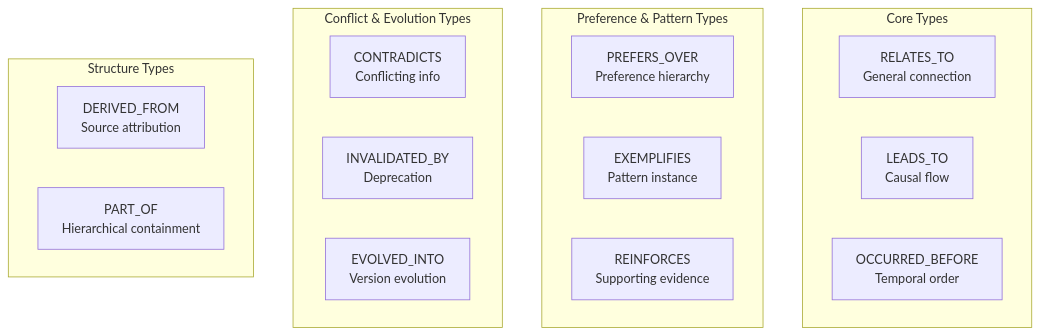
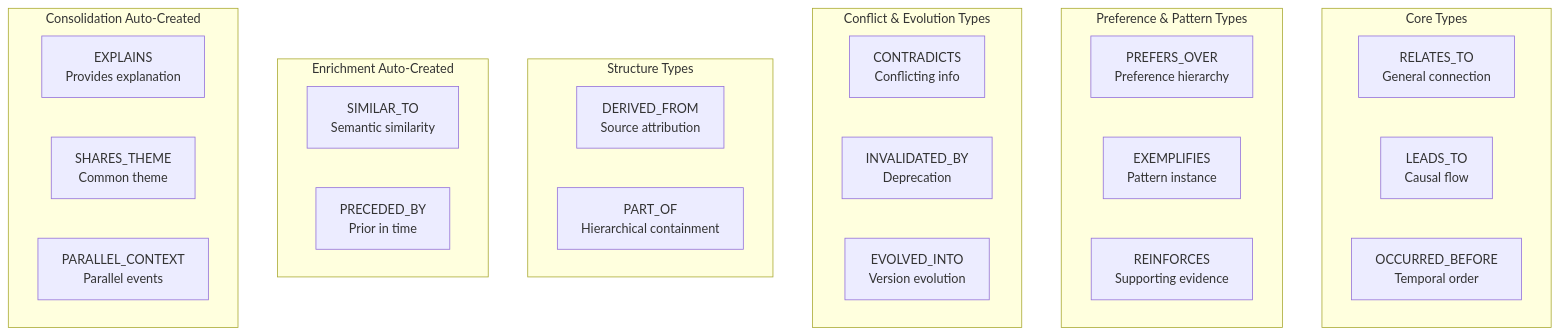
One commit to verygoodplugins/automem-website changed the second of 4 diagrams in src/content/docs/docs/core-concepts/relationship-types.md. Above: the diagram before and after it, drawn with Mermaid. The commit also changed other lines of this file and 48 other files, not shown here.

````diff
--- a/src/content/docs/docs/core-concepts/relationship-types.md
+++ b/src/content/docs/docs/core-concepts/relationship-types.md
@@ -93,25 +123,36 @@
 ```mermaid
 graph TB
     subgraph "Core Types"
         RELATES["RELATES_TO<br/>General connection"]
         LEADS["LEADS_TO<br/>Causal flow"]
         BEFORE["OCCURRED_BEFORE<br/>Temporal order"]
     end
 
     subgraph "Preference & Pattern Types"
         PREFERS["PREFERS_OVER<br/>Preference hierarchy"]
         EXEMPLIFIES["EXEMPLIFIES<br/>Pattern instance"]
         REINFORCES["REINFORCES<br/>Supporting evidence"]
     end
 
     subgraph "Conflict & Evolution Types"
         CONTRADICTS["CONTRADICTS<br/>Conflicting info"]
         INVALIDATED["INVALIDATED_BY<br/>Deprecation"]
         EVOLVED["EVOLVED_INTO<br/>Version evolution"]
     end
 
     subgraph "Structure Types"
         DERIVED["DERIVED_FROM<br/>Source attribution"]
         PART["PART_OF<br/>Hierarchical containment"]
     end
+
+    subgraph "Enrichment Auto-Created"
+        SIMILAR["SIMILAR_TO<br/>Semantic similarity"]
+        PRECEDED["PRECEDED_BY<br/>Prior in time"]
+    end
+
+    subgraph "Consolidation Auto-Created"
+        EXPLAINS["EXPLAINS<br/>Provides explanation"]
+        THEME["SHARES_THEME<br/>Common theme"]
+        PARALLEL["PARALLEL_CONTEXT<br/>Parallel events"]
+    end
 ```
````
